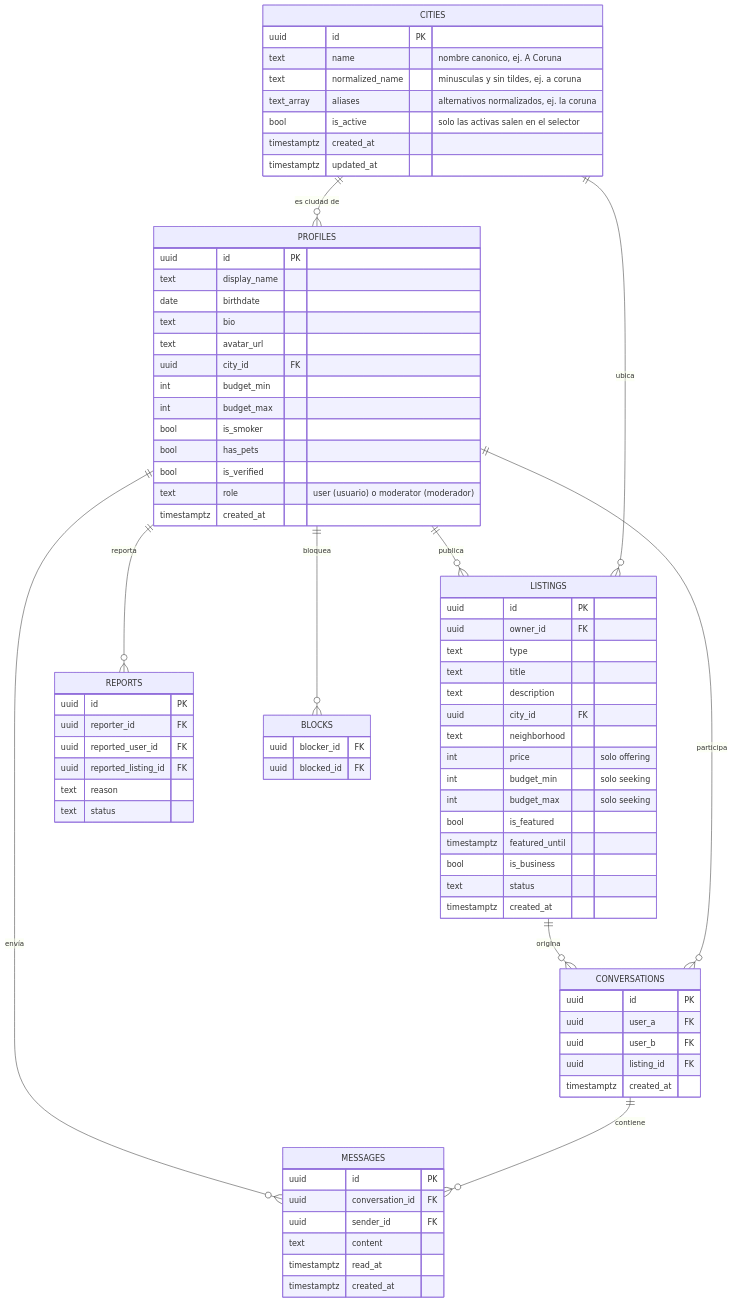
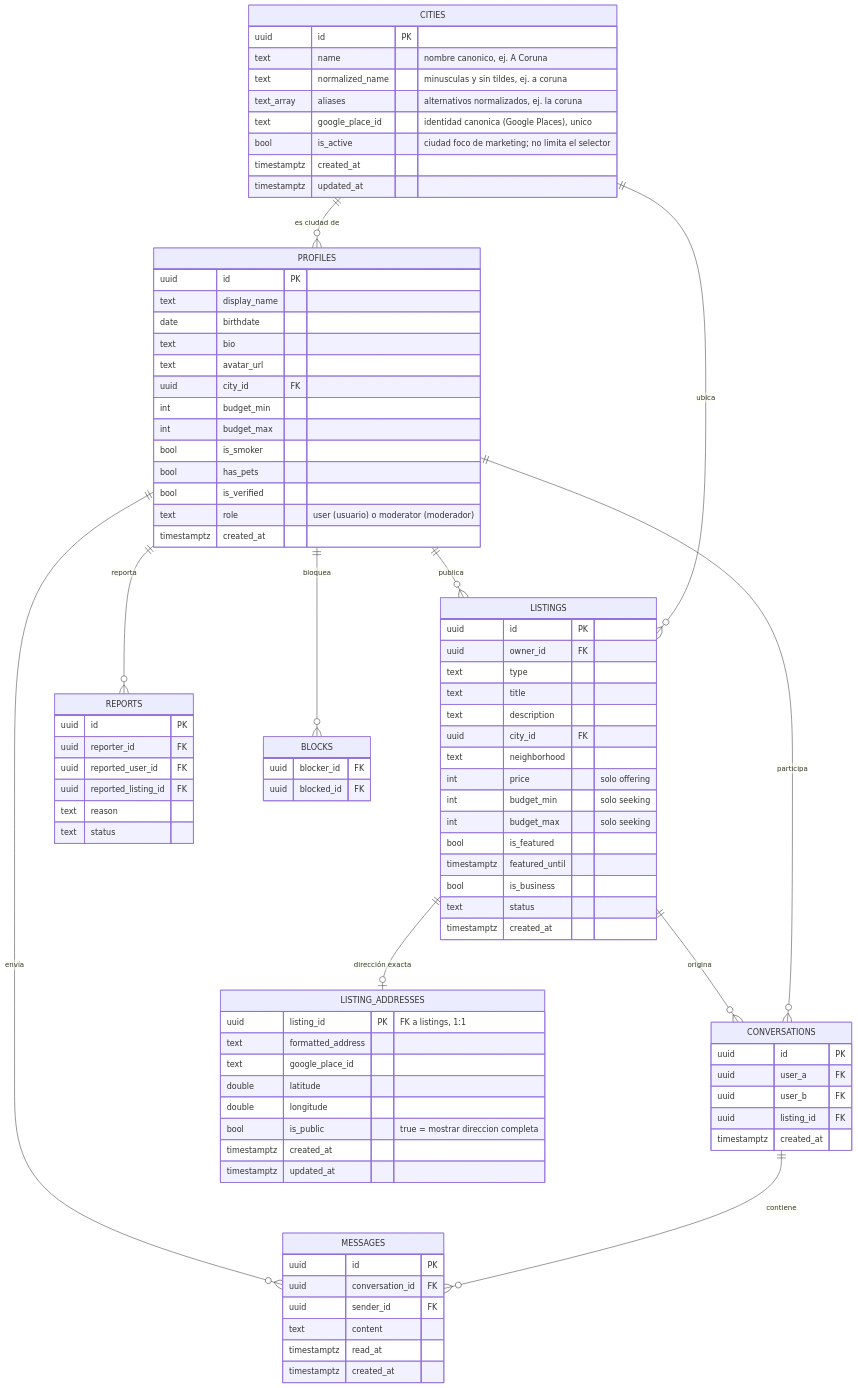
Before and after one commit to Fern1x17/room2gether: the diagram in docs/03-modelo-de-datos.md, drawn with Mermaid. The commit also changed other lines of this file and 70 other files, not shown here.

First line of the commit message:
Rename app from Roomie to Room2gether and add Places address selection

```diff
--- a/docs/03-modelo-de-datos.md
+++ b/docs/03-modelo-de-datos.md
@@ -15,6 +15,7 @@
     PROFILES ||--o{ BLOCKS : "bloquea"
     CITIES ||--o{ PROFILES : "es ciudad de"
     CITIES ||--o{ LISTINGS : "ubica"
+    LISTINGS ||--o| LISTING_ADDRESSES : "dirección exacta"
 
     PROFILES {
         uuid id PK
@@ -86,7 +87,19 @@
         text name "nombre canonico, ej. A Coruna"
         text normalized_name "minusculas y sin tildes, ej. a coruna"
         text_array aliases "alternativos normalizados, ej. la coruna"
-        bool is_active "solo las activas salen en el selector"
+        text google_place_id "identidad canonica (Google Places), unico"
+        bool is_active "ciudad foco de marketing; no limita el selector"
+        timestamptz created_at
+        timestamptz updated_at
+    }
+
+    LISTING_ADDRESSES {
+        uuid listing_id PK "FK a listings, 1:1"
+        text formatted_address
+        text google_place_id
+        double latitude
+        double longitude
+        bool is_public "true = mostrar direccion completa"
         timestamptz created_at
         timestamptz updated_at
     }
```
